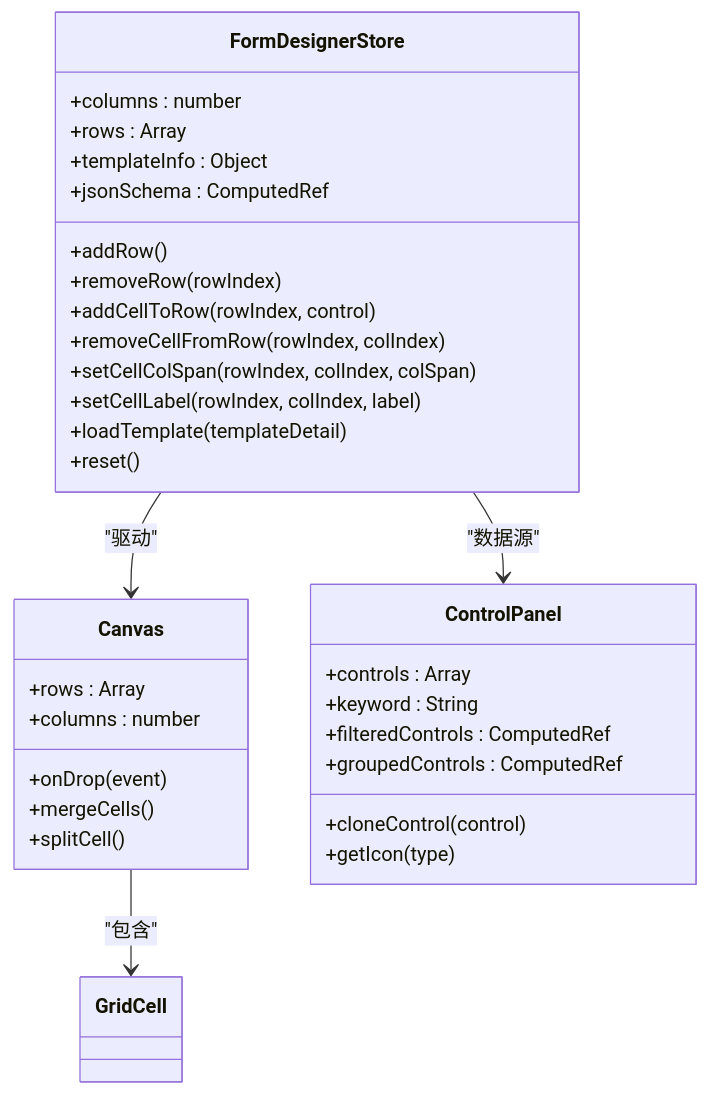
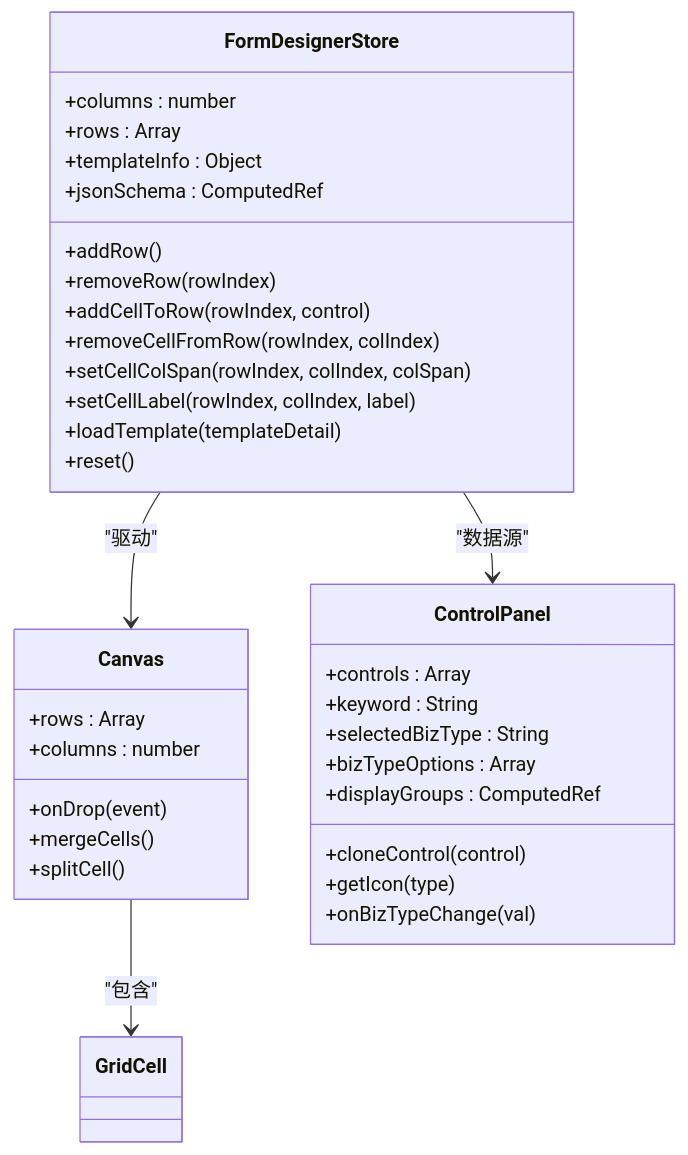
Before and after one commit to NJMrLi/genetics: the seventh of 11 diagrams in .qoder/repowiki/zh/content/前端架构设计/拖拽式表单设计器.md, drawn with Mermaid. The commit also changed other lines of this file and 19 other files, not shown here.

````diff
--- a/.qoder/repowiki/zh/content/前端架构设计/拖拽式表单设计器.md
+++ b/.qoder/repowiki/zh/content/前端架构设计/拖拽式表单设计器.md
@@ -253,35 +306,37 @@
 ```mermaid
 classDiagram
 class FormDesignerStore {
 +columns : number
 +rows : Array
 +templateInfo : Object
 +jsonSchema : ComputedRef
 +addRow()
 +removeRow(rowIndex)
 +addCellToRow(rowIndex, control)
 +removeCellFromRow(rowIndex, colIndex)
 +setCellColSpan(rowIndex, colIndex, colSpan)
 +setCellLabel(rowIndex, colIndex, label)
 +loadTemplate(templateDetail)
 +reset()
 }
 class Canvas {
 +rows : Array
 +columns : number
 +onDrop(event)
 +mergeCells()
 +splitCell()
 }
 class ControlPanel {
 +controls : Array
 +keyword : String
-+filteredControls : ComputedRef
-+groupedControls : ComputedRef
++selectedBizType : String
++bizTypeOptions : Array
++displayGroups : ComputedRef
 +cloneControl(control)
 +getIcon(type)
++onBizTypeChange(val)
 }
 FormDesignerStore --> Canvas : "驱动"
 FormDesignerStore --> ControlPanel : "数据源"
 Canvas --> GridCell : "包含"
 ```
````
